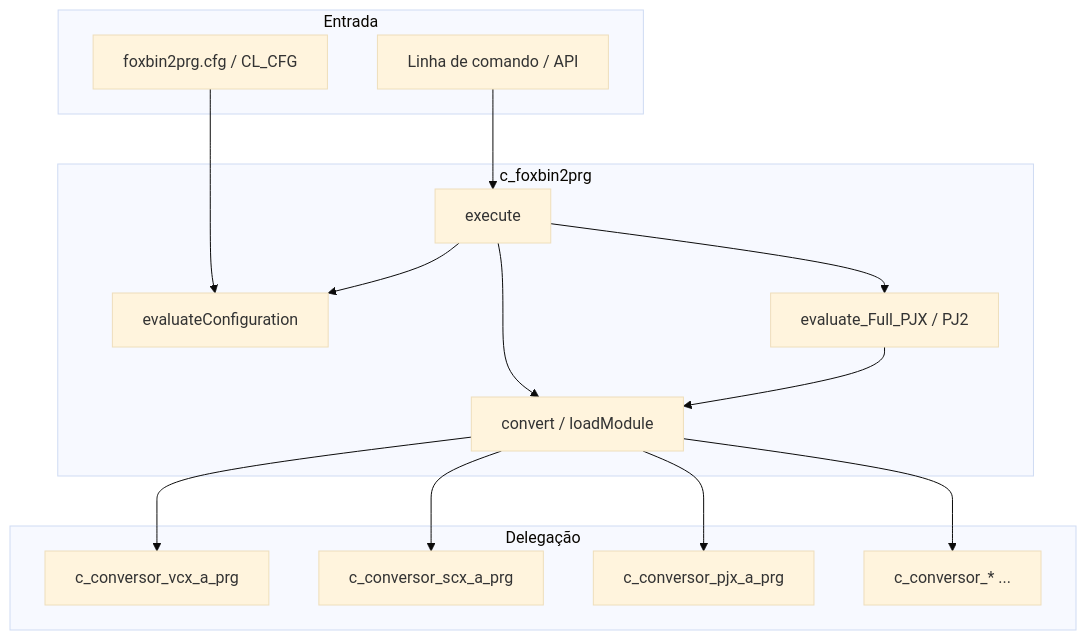
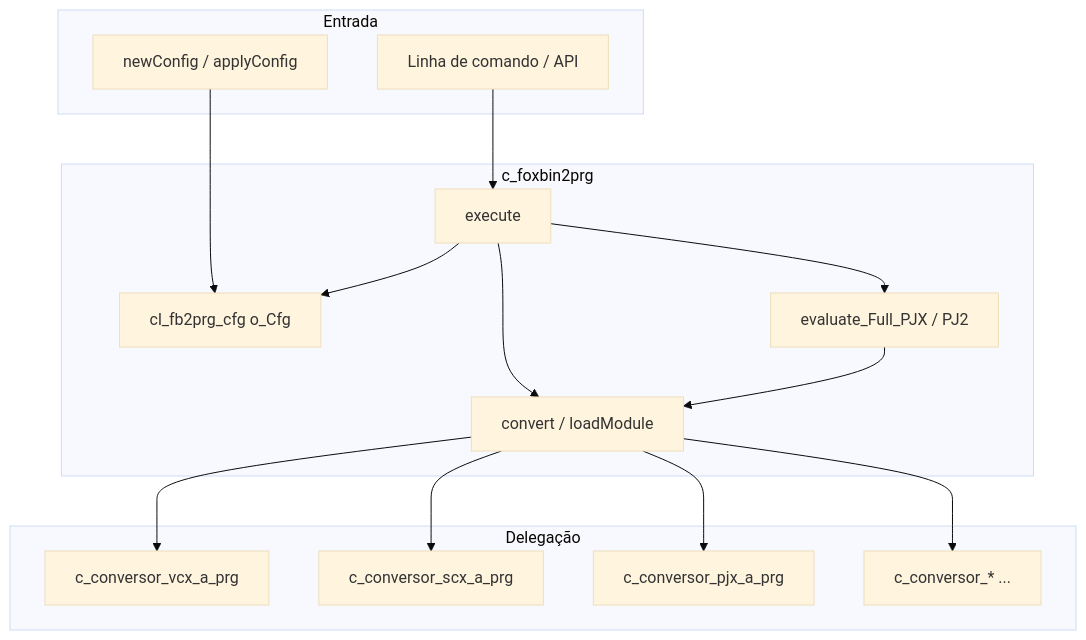
Before and after one commit to lkmatsumura/foxbin2prg: the first of 2 diagrams in docs/c_foxbin2prg_ClassAnalysis.md, drawn with Mermaid (base theme). The commit also changed other lines of this file and 12 other files, not shown here.

````diff
--- a/docs/c_foxbin2prg_ClassAnalysis.md
+++ b/docs/c_foxbin2prg_ClassAnalysis.md
@@ -13,29 +13,29 @@
 ```mermaid
 flowchart TB
     subgraph entrada [Entrada]
         CLI[Linha de comando / API]
-        CFG[foxbin2prg.cfg / CL_CFG]
+        CFG[newConfig / applyConfig]
     end
 
     subgraph core [c_foxbin2prg]
         EXEC[execute]
-        EVALCFG[evaluateConfiguration]
+        CFGM[cl_fb2prg_cfg o_Cfg]
         CONV[convert / loadModule]
         PROJ[evaluate_Full_PJX / PJ2]
     end
 
     subgraph delegacao [Delegação]
         CVX[c_conversor_vcx_a_prg]
         SCX[c_conversor_scx_a_prg]
         PJX[c_conversor_pjx_a_prg]
         OUT[c_conversor_* ...]
     end
 
     CLI --> EXEC
-    CFG --> EVALCFG
-    EXEC --> EVALCFG
+    CFG --> CFGM
+    EXEC --> CFGM
     EXEC --> PROJ
     EXEC --> CONV
     PROJ --> CONV
     CONV --> CVX & SCX & PJX & OUT
 ```
````
